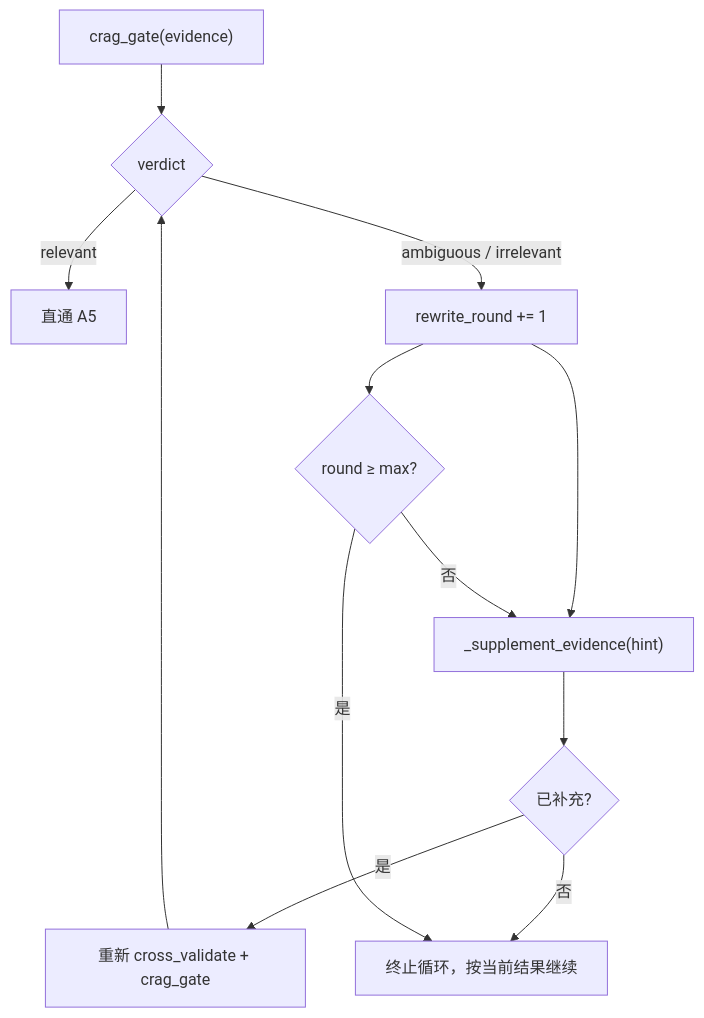
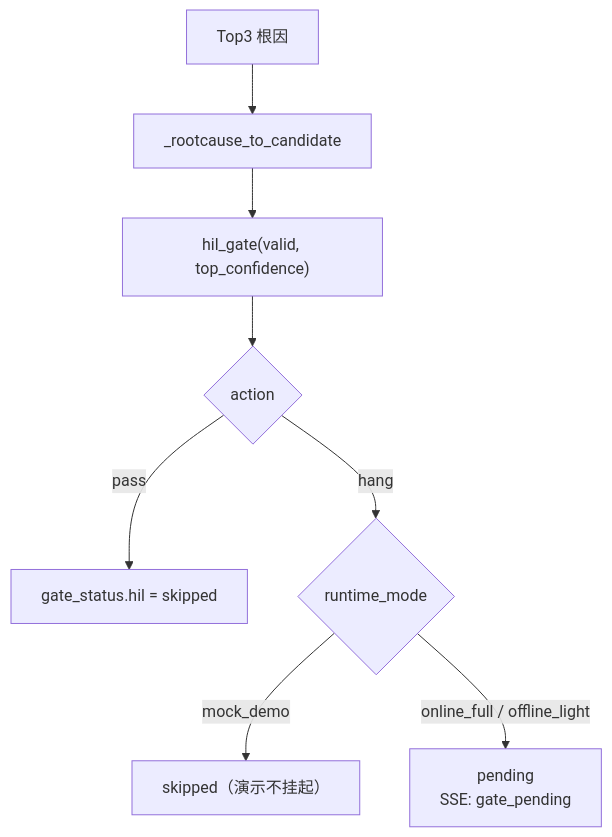
One commit to bigDataZWH/AutoBugFix changed the fourth of 6 diagrams in ARCHITECTURE.md. Above: the diagram before and after it, drawn with Mermaid. The commit also changed other lines of this file and 1 other file, not shown here.

````diff
--- a/ARCHITECTURE.md
+++ b/ARCHITECTURE.md
@@ -183,14 +209,10 @@
 ```mermaid
 flowchart TB
-    S["crag_gate(evidence)"] --> V{"verdict"}
-    V -->|relevant| PASS["直通 A5"]
-    V -->|ambiguous / irrelevant| R["rewrite_round += 1"]
-    R --> SUP["_supplement_evidence(hint)"]
-    SUP --> D{"已补充?"}
-    D -->|是| RE["重新 cross_validate + crag_gate"]
-    RE --> V
-    D -->|否| STOP["终止循环，按当前结果继续"]
-    R --> MAX{"round ≥ max?"}
-    MAX -->|是| STOP
-    MAX -->|否| SUP
+    TOP3["Top3 根因"] --> CONV["_rootcause_to_candidate"]
+    CONV --> HIL["hil_gate(valid, top_confidence)"]
+    HIL --> ACT{"action"}
+    ACT -->|pass| SKIP["gate_status.hil = skipped"]
+    ACT -->|hang| MODE{"runtime_mode"}
+    MODE -->|mock_demo| SKIP2["skipped（演示不挂起）"]
+    MODE -->|online_full / offline_light| PEND["pending<br/>SSE: gate_pending"]
 ```
````
